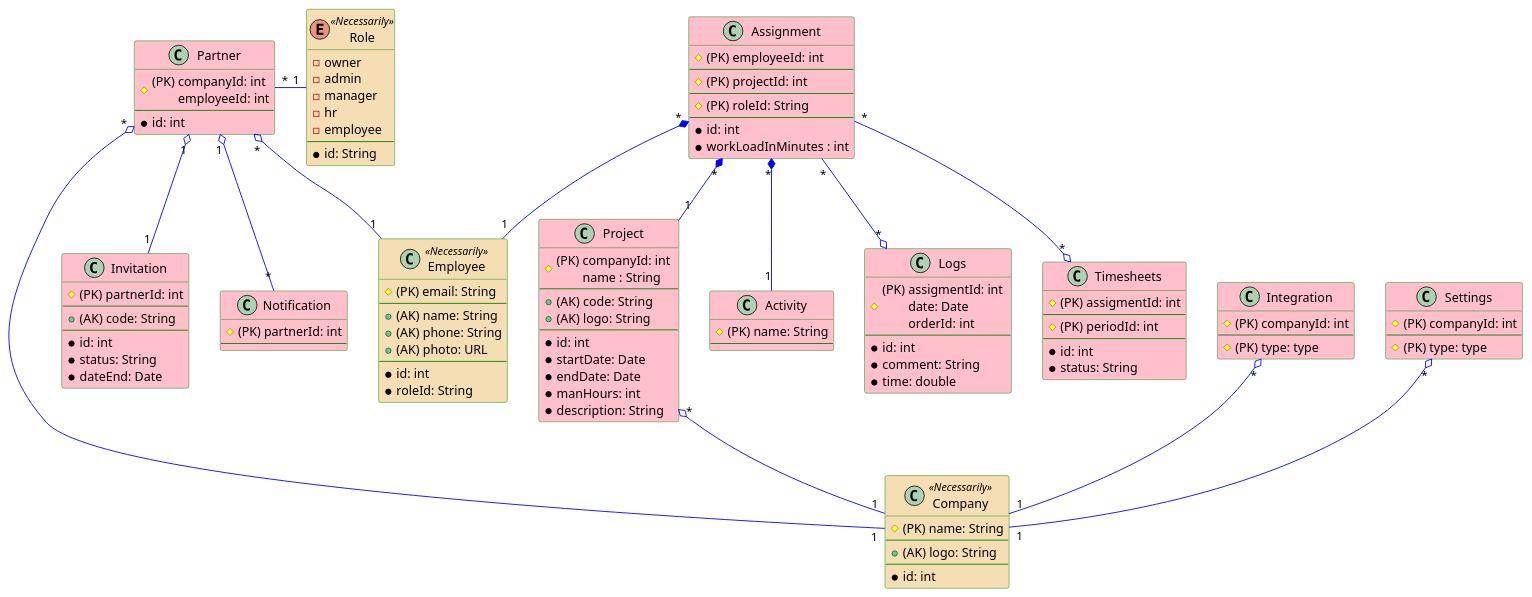
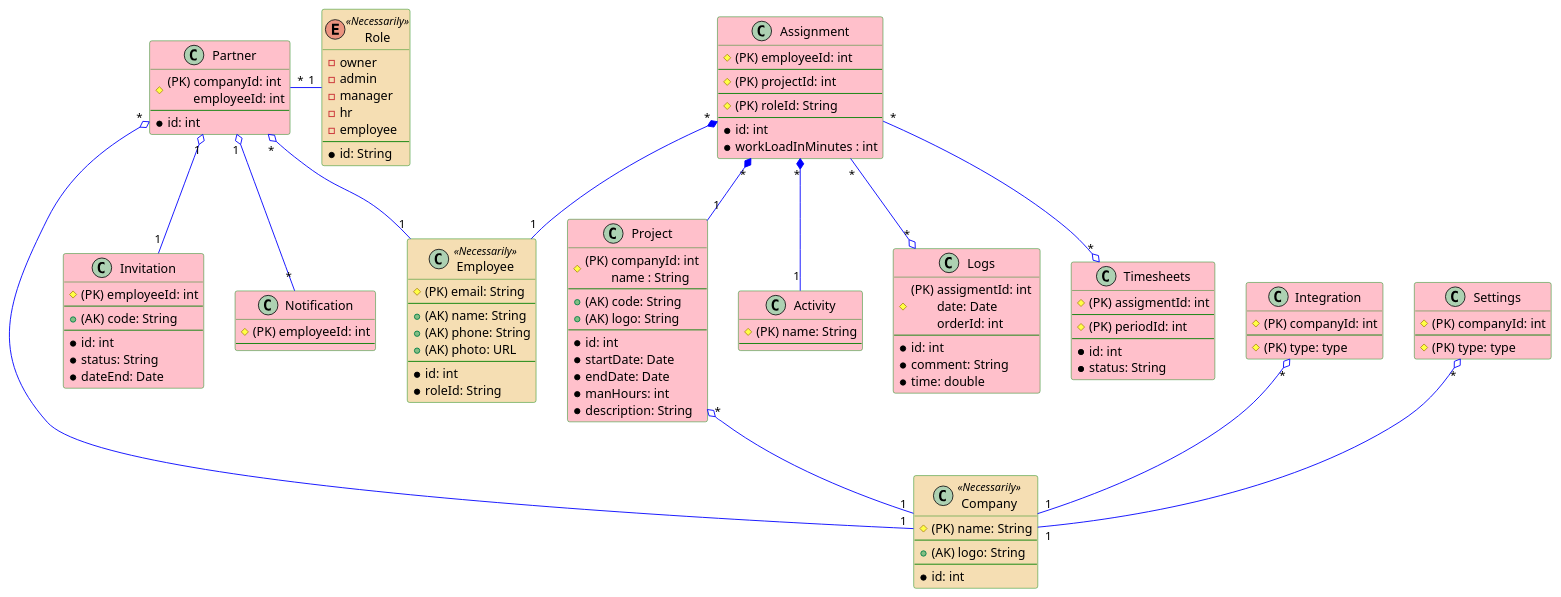
One commit to TicTacT0e/stormnet-springDJ changed the diagram in src/schema.db.puml. Above: the diagram before and after it, drawn with PlantUML. The commit also changed 13 other files, not shown here.

Commit message:
changed partnerId to employeeId

```diff
--- a/src/schema.db.puml
+++ b/src/schema.db.puml
@@ -1,132 +1,132 @@
 @startuml
 
     skinparam class {
         BackgroundColor Pink
         ArrowColor Blue
         BorderColor Green
         BackgroundColor<<Necessarily>> Wheat
     }
 
 	class Company <<Necessarily>> {
 	    # (PK) name: String
 	    --
 	    + (AK) logo: String
 	    --
 	    *id: int
 	}
 
 	class Partner {
 	    # (PK) companyId: int \n\temployeeId: int
 	    --
 	    *id: int
 	}
 
 	class Employee <<Necessarily>> {
 	    # (PK) email: String
 	    --
 	    + (AK) name: String
 	    + (AK) phone: String
 	    + (AK) photo: URL
 	    --
 	    *id: int
 	    *roleId: String
 	}
 
 	class Project {
 	    # (PK) companyId: int \n\tname : String
 	    --
 	    + (AK) code: String
 	    + (AK) logo: String
 	    --
 	    *id: int
 	    *startDate: Date
 	    *endDate: Date
 	    *manHours: int
 	    *description: String
 	}
 
 	class Integration {
 	    #(PK) companyId: int
 	    --
 	    #(PK) type: type
 	}
 
 	class Settings {
 	    #(PK) companyId: int
     	--
     	#(PK) type: type
 	}
 
 	enum Role <<Necessarily>> {
 	    - owner
 	    - admin
 	    - manager
 	    - hr
 	    - employee
 	    --
 	    *id: String
      }
 
 	class Invitation {
-	    # (PK) partnerId: int
+	    # (PK) employeeId: int
 	    --
 	    + (AK) code: String
 	    --
 	    *id: int
 	    *status: String
 	    *dateEnd: Date
 	}
 
 	class Notification {
-	    # (PK) partnerId: int
+	    # (PK) employeeId: int
 	    --
 	}
 
 	class Assignment {
 	    # (PK) employeeId: int
 	    --
 	    # (PK) projectId: int
 	    --
 	    # (PK) roleId: String
 	    --
 	    *id: int
 	    *workLoadInMinutes : int
 	}
 
 	class Activity {
 	    # (PK) name: String
 	    --
 	}
 
 	class Logs {
 	    # (PK) assigmentId: int \n\tdate: Date \n\torderId: int
 	    --
 	    *id: int
 	    *comment: String
 	    *time: double
 	}
 
 	class Timesheets {
 	    # (PK) assigmentId: int
 	    --
 	    # (PK) periodId: int
 	    --
 	    *id: int
 	    *status: String
 	}
 
 	Project "*" o-- "1" Company
 	Settings "*" o-- "1" Company
 	Integration "*" o-- "1" Company
 	Partner "*" o-- "1" Company
 	Partner "*" o-- "1" Employee
 	Partner "*" - "1" Role
 	Partner "1" o-- "1" Invitation
 	Partner "1" o-- "*" Notification
 	Assignment "*" *-- "1" Project
 	Assignment "*" *-- "1" Employee
 	Assignment "*" *-- "1" Activity
 	Assignment "*" --o "*" Logs
 	Assignment "*" --o "*" Timesheets
 
 @enduml
```
